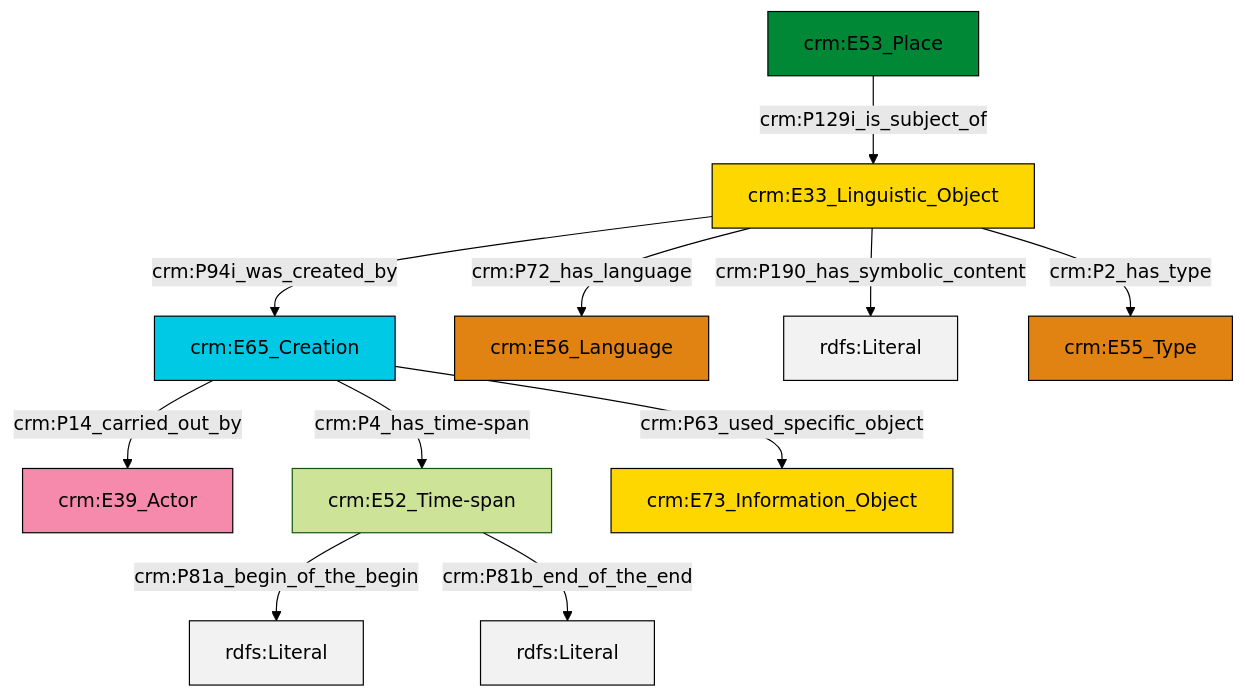
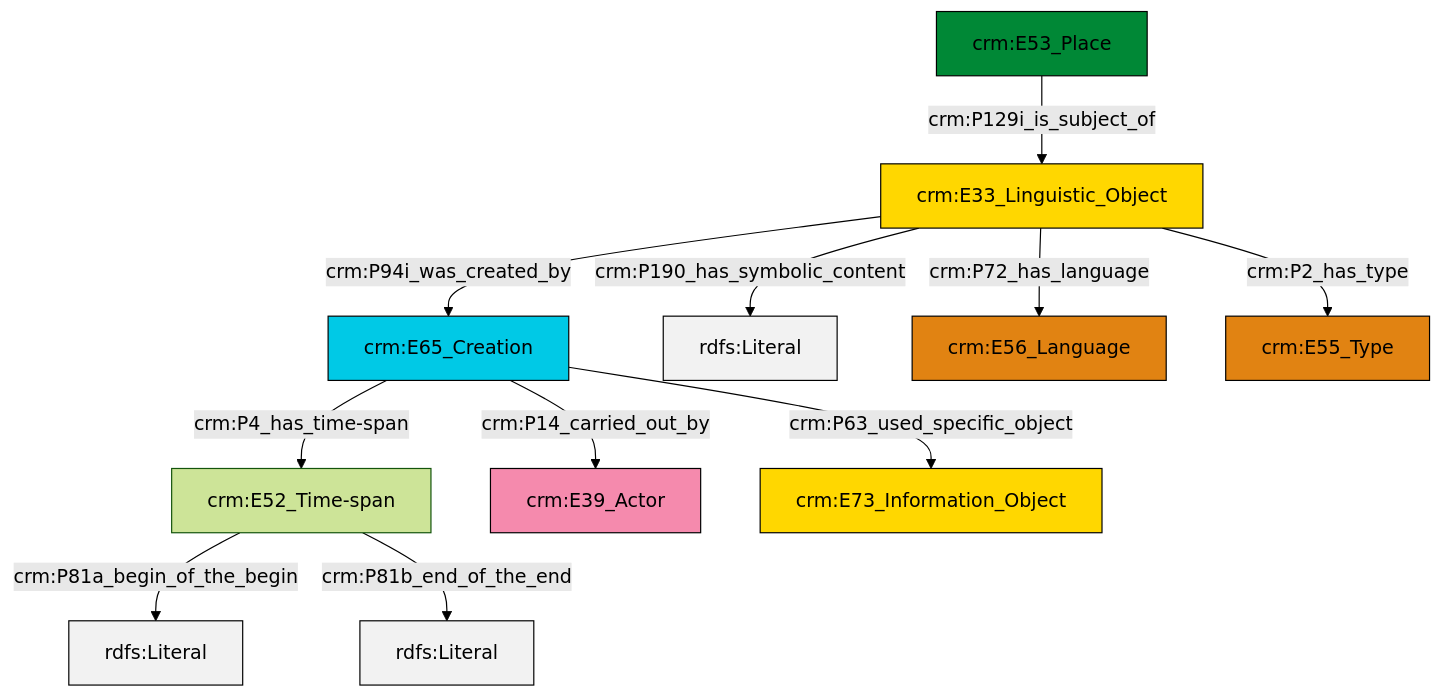
Before and after one commit to swiss-art-research-net/reference-data-models: the diagram in et/placeCSV/ttl/mmd/place_description.ttl.mmd, drawn with Mermaid (forest theme). The commit also changed 126 other files, not shown here.

```diff
--- a/et/placeCSV/ttl/mmd/place_description.ttl.mmd
+++ b/et/placeCSV/ttl/mmd/place_description.ttl.mmd
@@ -1,25 +1,25 @@
 graph TD
 classDef Literal fill:#f2f2f2,stroke:#000000;
 classDef CRM_Entity fill:#FFFFFF,stroke:#000000;
 classDef Temporal_Entity fill:#00C9E6, stroke:#000000;
 classDef Type fill:#E18312, stroke:#000000;
 classDef Time-Span fill:#2C9C91, stroke:#000000;
 classDef Appellation fill:#FFEB7F, stroke:#000000;
 classDef Place fill:#008836, stroke:#000000;
 classDef Persistent_Item fill:#B266B2, stroke:#000000;
 classDef Conceptual_Object fill:#FFD700, stroke:#000000;
 classDef Physical_Thing fill:#D2B48C, stroke:#000000;
 classDef Actor fill:#f58aad, stroke:#000000;
 classDef PC_Classes fill:#4ce600, stroke:#000000;
 classDef Multi fill:#cccccc,stroke:#000000;
 
-0["crm:E65_Creation"]:::Temporal_Entity -->|crm:P14_carried_out_by| 1["crm:E39_Actor"]:::Actor
-6["crm:E33_Linguistic_Object"]:::Conceptual_Object -->|crm:P190_has_symbolic_content| 7[rdfs:Literal]:::Literal
-0["crm:E65_Creation"]:::Temporal_Entity -->|crm:P63_used_specific_object| 8["crm:E73_Information_Object"]:::Conceptual_Object
-2["crm:E52_Time-span"]:::Default -->|crm:P81a_begin_of_the_begin| 12[rdfs:Literal]:::Literal
-2["crm:E52_Time-span"]:::Default -->|crm:P81b_end_of_the_end| 13[rdfs:Literal]:::Literal
-6["crm:E33_Linguistic_Object"]:::Conceptual_Object -->|crm:P72_has_language| 4["crm:E56_Language"]:::Type
-14["crm:E53_Place"]:::Place -->|crm:P129i_is_subject_of| 6["crm:E33_Linguistic_Object"]:::Conceptual_Object
-0["crm:E65_Creation"]:::Temporal_Entity -->|crm:P4_has_time-span| 2["crm:E52_Time-span"]:::Default
-6["crm:E33_Linguistic_Object"]:::Conceptual_Object -->|crm:P94i_was_created_by| 0["crm:E65_Creation"]:::Temporal_Entity
-6["crm:E33_Linguistic_Object"]:::Conceptual_Object -->|crm:P2_has_type| 9["crm:E55_Type"]:::Type
+0["crm:E33_Linguistic_Object"]:::Conceptual_Object -->|crm:P94i_was_created_by| 1["crm:E65_Creation"]:::Temporal_Entity
+3["crm:E52_Time-span"]:::Default -->|crm:P81a_begin_of_the_begin| 4[rdfs:Literal]:::Literal
+3["crm:E52_Time-span"]:::Default -->|crm:P81b_end_of_the_end| 5[rdfs:Literal]:::Literal
+1["crm:E65_Creation"]:::Temporal_Entity -->|crm:P4_has_time-span| 3["crm:E52_Time-span"]:::Default
+6["crm:E53_Place"]:::Place -->|crm:P129i_is_subject_of| 0["crm:E33_Linguistic_Object"]:::Conceptual_Object
+0["crm:E33_Linguistic_Object"]:::Conceptual_Object -->|crm:P190_has_symbolic_content| 13[rdfs:Literal]:::Literal
+0["crm:E33_Linguistic_Object"]:::Conceptual_Object -->|crm:P72_has_language| 14["crm:E56_Language"]:::Type
+0["crm:E33_Linguistic_Object"]:::Conceptual_Object -->|crm:P2_has_type| 15["crm:E55_Type"]:::Type
+1["crm:E65_Creation"]:::Temporal_Entity -->|crm:P14_carried_out_by| 8["crm:E39_Actor"]:::Actor
+1["crm:E65_Creation"]:::Temporal_Entity -->|crm:P63_used_specific_object| 10["crm:E73_Information_Object"]:::Conceptual_Object
```
